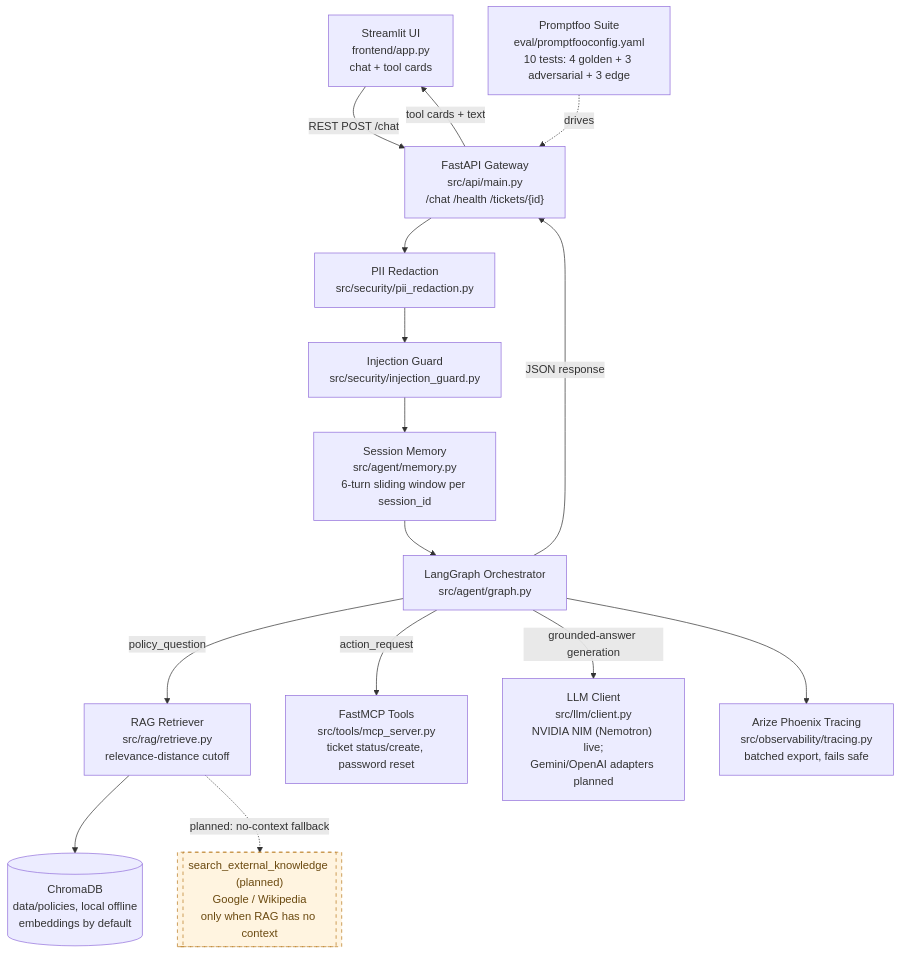
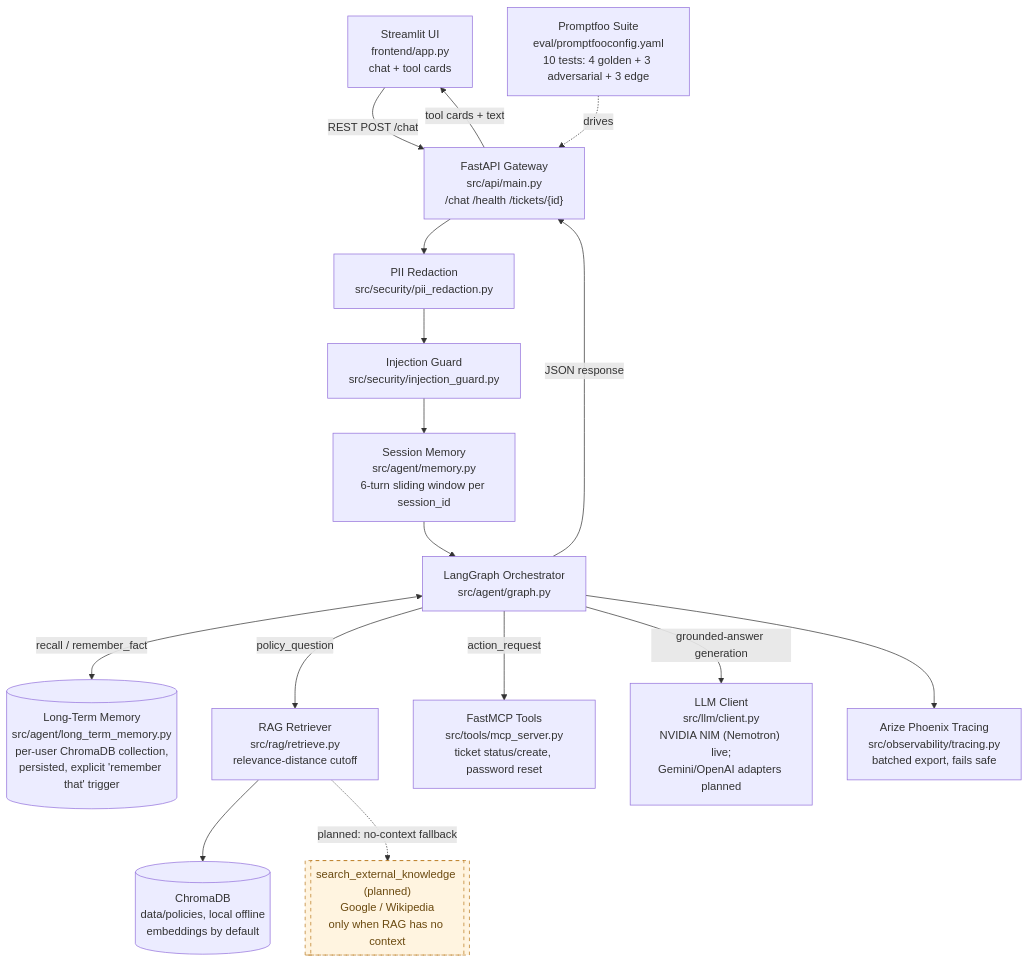
One commit to KamilBrini/IT_Support_Ticketing_Agent changed the diagram in docs/_figure1_architecture.mmd. Above: the diagram before and after it, drawn with Mermaid. The commit also changed 16 other files, not shown here.

```diff
--- a/docs/_figure1_architecture.mmd
+++ b/docs/_figure1_architecture.mmd
@@ -1,27 +1,29 @@
 flowchart TD
     UI["Streamlit UI\nfrontend/app.py\nchat + tool cards"]
     API["FastAPI Gateway\nsrc/api/main.py\n/chat /health /tickets/{id}"]
     Redact["PII Redaction\nsrc/security/pii_redaction.py"]
     Guard["Injection Guard\nsrc/security/injection_guard.py"]
     Mem["Session Memory\nsrc/agent/memory.py\n6-turn sliding window per session_id"]
+    LTM[("Long-Term Memory\nsrc/agent/long_term_memory.py\nper-user ChromaDB collection,\npersisted, explicit 'remember that' trigger")]
     Graph["LangGraph Orchestrator\nsrc/agent/graph.py"]
     RAG["RAG Retriever\nsrc/rag/retrieve.py\nrelevance-distance cutoff"]
     KB[("ChromaDB\ndata/policies, local offline\nembeddings by default")]
     Tools["FastMCP Tools\nsrc/tools/mcp_server.py\nticket status/create, password reset"]
     LLM["LLM Client\nsrc/llm/client.py\nNVIDIA NIM (Nemotron) live;\nGemini/OpenAI adapters planned"]
     Search[["search_external_knowledge (planned)\nGoogle / Wikipedia\nonly when RAG has no context"]]
     Trace["Arize Phoenix Tracing\nsrc/observability/tracing.py\nbatched export, fails safe"]
     Eval["Promptfoo Suite\neval/promptfooconfig.yaml\n10 tests: 4 golden + 3 adversarial + 3 edge"]
 
     UI -->|"REST POST /chat"| API
     API --> Redact --> Guard --> Mem --> Graph
+    Graph <-->|"recall / remember_fact"| LTM
     Graph -->|"policy_question"| RAG --> KB
     Graph -->|"action_request"| Tools
     Graph -->|"grounded-answer generation"| LLM
     RAG -.->|"planned: no-context fallback"| Search
     Graph --> Trace
     Eval -.->|"drives"| API
     Graph -->|"JSON response"| API -->|"tool cards + text"| UI
 
     classDef planned stroke-dasharray: 5 5,fill:#fff4e0,stroke:#b8791e,color:#6b4a10;
     class Search planned;
```
